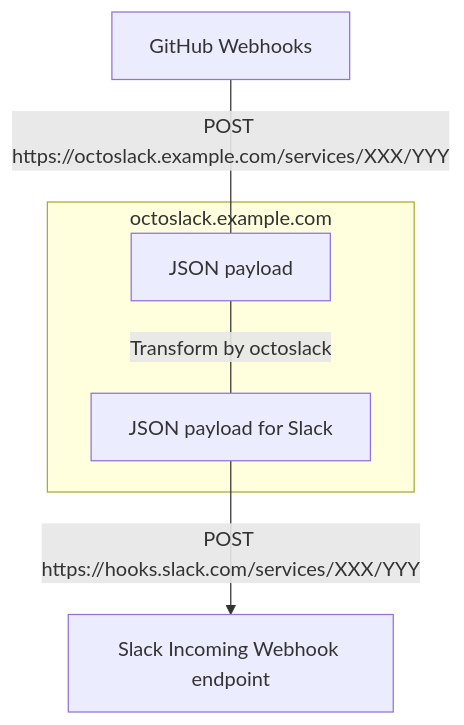
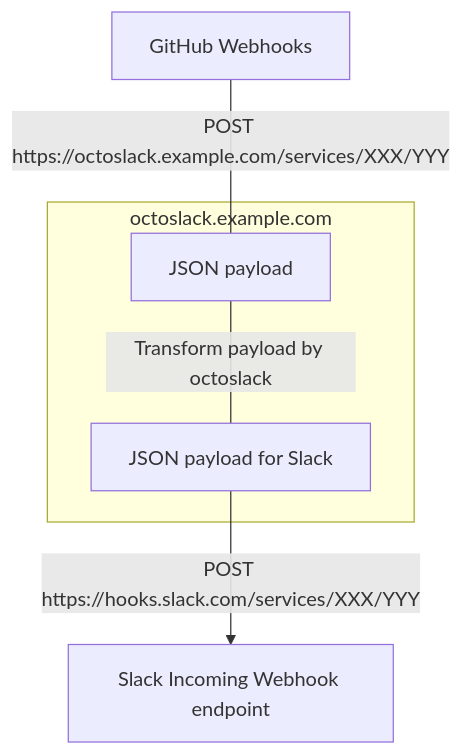
Before and after one commit to k1LoW/octoslack: the second of 2 diagrams in README.md, drawn with Mermaid. The commit also changed other lines of this file, not shown here.

````diff
--- a/README.md
+++ b/README.md
@@ -67,8 +67,8 @@
 ``` mermaid
 flowchart TB
     src[GitHub Webhooks] -- POST https://octoslack.example.com/services/XXX/YYY --- payload[JSON payload]
     subgraph "octoslack.example.com"
-    payload[JSON payload] -- "Transform by octoslack" --- spayload[JSON payload for Slack]
+    payload[JSON payload] -- "Transform payload by octoslack" --- spayload[JSON payload for Slack]
     end
     spayload[JSON payload for Slack] -- POST https://hooks.slack.com/services/XXX/YYY --> Slack[Slack Incoming Webhook endpoint]
 ```
````
